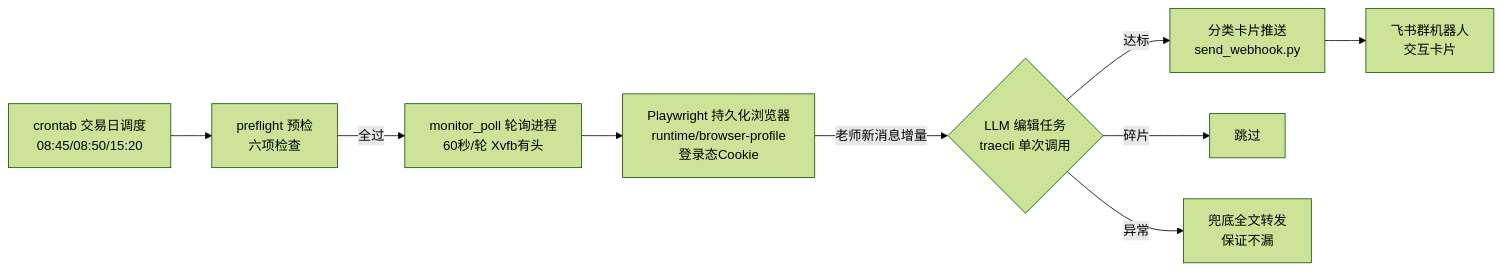
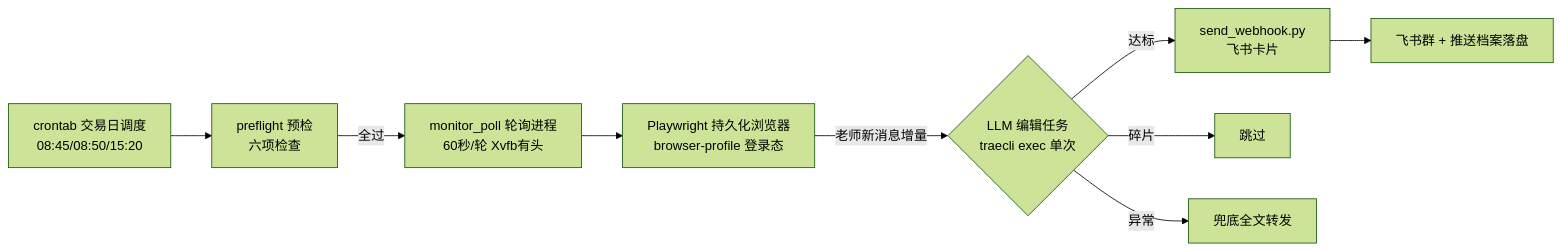
The diagram in docs/直播监控方案.md (seuzxh/live-monitor-agent), drawn with Mermaid (forest theme) before and after one commit. The commit also changed other lines of this file, not shown here.

First line of the commit message:
docs: 架构细化——脚本/LLM/context/持久化/memory 五类组件的位置与作用

````diff
--- a/docs/直播监控方案.md
+++ b/docs/直播监控方案.md
@@ -8,11 +10,11 @@
 ```mermaid
 flowchart LR
     A[crontab 交易日调度<br>08:45/08:50/15:20] --> B[preflight 预检<br>六项检查]
     B -->|全过| C[monitor_poll 轮询进程<br>60秒/轮 Xvfb有头]
-    C --> D[Playwright 持久化浏览器<br>runtime/browser-profile<br>登录态Cookie]
-    D -->|老师新消息增量| E{LLM 编辑任务<br>traecli 单次调用}
-    E -->|达标| F[分类卡片推送<br>send_webhook.py]
+    C --> D[Playwright 持久化浏览器<br>browser-profile 登录态]
+    D -->|老师新消息增量| E{LLM 编辑任务<br>traecli exec 单次}
+    E -->|达标| F[send_webhook.py<br>飞书卡片]
     E -->|碎片| G[跳过]
-    E -->|异常| H[兜底全文转发<br>保证不漏]
-    F --> I[飞书群机器人<br>交互卡片]
+    E -->|异常| H[兜底全文转发]
+    F --> I[飞书群 + 推送档案落盘]
 ```
````
